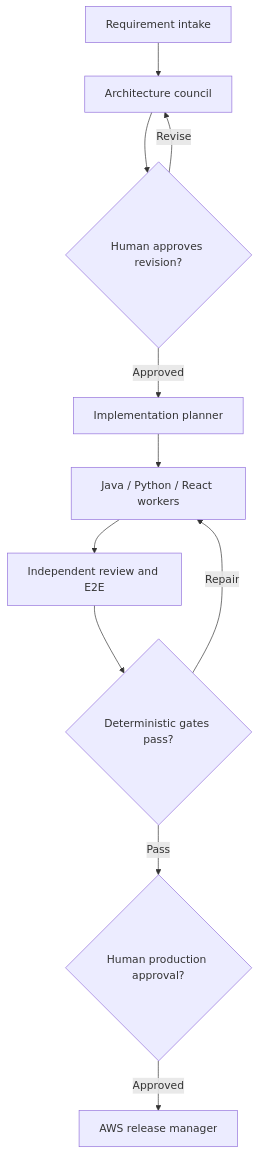
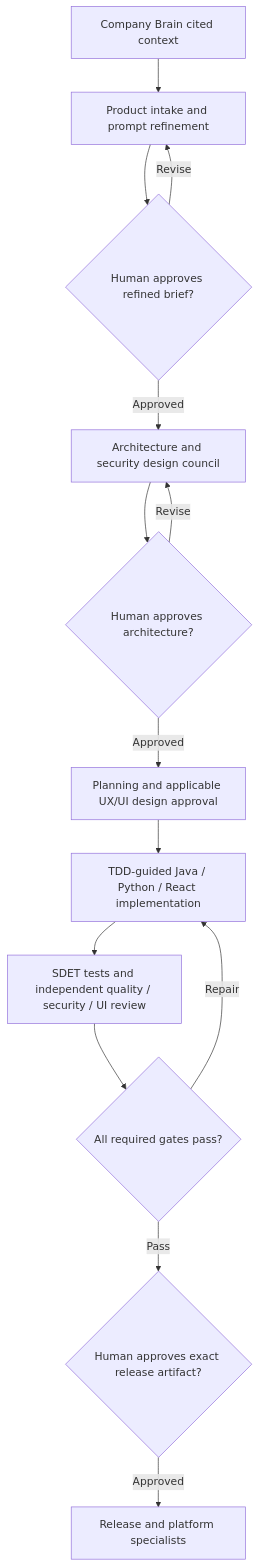
The diagram in README.md (rajsriniv/software-factory), drawn with Mermaid before and after one commit. The commit also changed other lines of this file and 6 other files, not shown here.

````diff
--- a/README.md
+++ b/README.md
@@ -11,13 +11,16 @@
 ```mermaid
 flowchart TD
-    A["Requirement intake"] --> B["Architecture council"]
-    B --> C{"Human approves revision?"}
+    K["Company Brain cited context"] --> A["Product intake and prompt refinement"]
+    A --> R{"Human approves refined brief?"}
+    R -- Revise --> A
+    R -- Approved --> B["Architecture and security design council"]
+    B --> C{"Human approves architecture?"}
     C -- Revise --> B
-    C -- Approved --> D["Implementation planner"]
-    D --> E["Java / Python / React workers"]
-    E --> F["Independent review and E2E"]
-    F --> G{"Deterministic gates pass?"}
+    C -- Approved --> D["Planning and applicable UX/UI design approval"]
+    D --> E["TDD-guided Java / Python / React implementation"]
+    E --> F["SDET tests and independent quality / security / UI review"]
+    F --> G{"All required gates pass?"}
     G -- Repair --> E
-    G -- Pass --> H{"Human production approval?"}
-    H -- Approved --> I["AWS release manager"]
+    G -- Pass --> H{"Human approves exact release artifact?"}
+    H -- Approved --> I["Release and platform specialists"]
 ```
````
